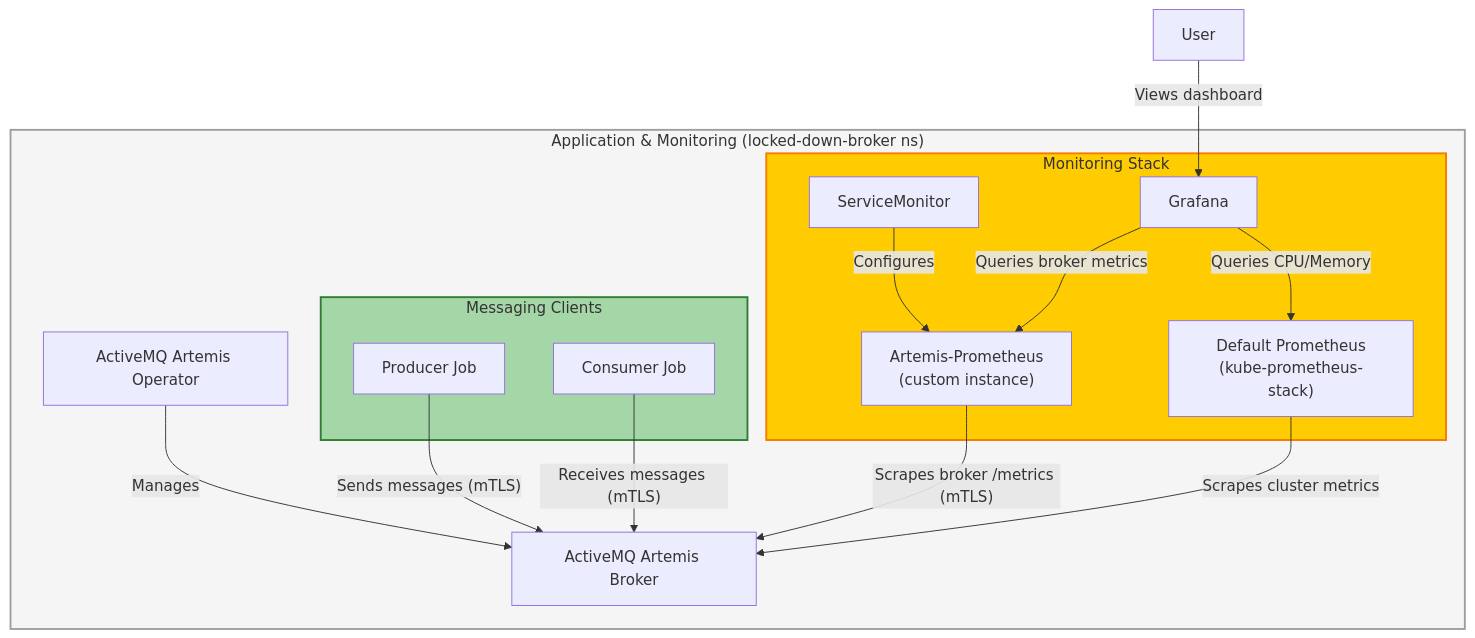
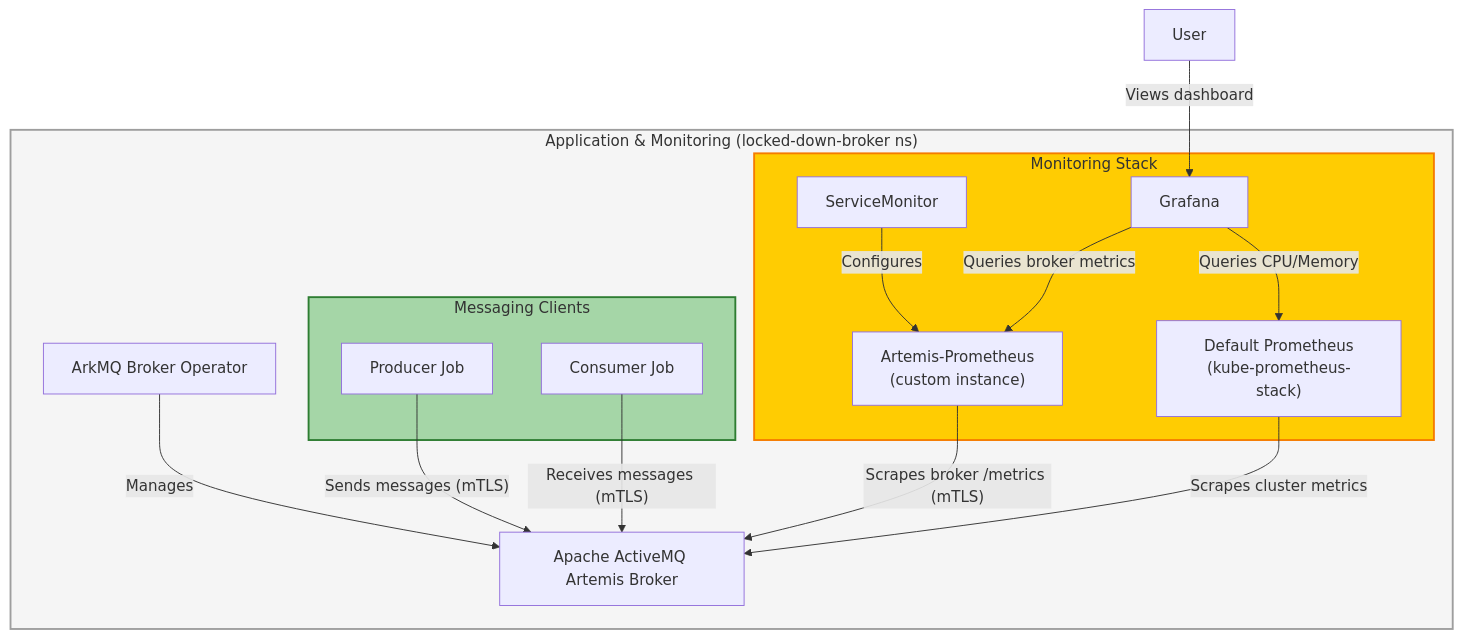
The second of 2 diagrams in docs/tutorials/prometheus_locked_down.md (rh-messaging/activemq-artemis-operator), drawn with Mermaid before and after one commit. The commit also changed other lines of this file and 21 other files, not shown here.

Commit message:
[#1236] Update operator name to ArkMQ Broker Operator

````diff
--- a/docs/tutorials/prometheus_locked_down.md
+++ b/docs/tutorials/prometheus_locked_down.md
@@ -110,34 +110,34 @@
 ```mermaid
 graph TD
     subgraph app_monitoring ["Application & Monitoring (locked-down-broker ns)"]
-        Operator["ActiveMQ Artemis Operator"]
-        ArtemisBroker["ActiveMQ Artemis Broker"]
+        Operator["ArkMQ Broker Operator"]
+        ArtemisBroker["Apache ActiveMQ Artemis Broker"]
 
         subgraph messaging_clients ["Messaging Clients"]
             Producer["Producer Job"]
             Consumer["Consumer Job"]
         end
 
         subgraph monitoring_stack ["Monitoring Stack"]
             DefaultProm["Default Prometheus<br/>(kube-prometheus-stack)"]
             ArtemisProm["Artemis-Prometheus<br/>(custom instance)"]
             ServiceMonitor["ServiceMonitor"]
             Grafana["Grafana"]
         end
     end
 
     Operator -->|"Manages"| ArtemisBroker
     Producer -->|"Sends messages (mTLS)"| ArtemisBroker
     Consumer -->|"Receives messages (mTLS)"| ArtemisBroker
     ServiceMonitor -->|"Configures"| ArtemisProm
     ArtemisProm -->|"Scrapes broker /metrics (mTLS)"| ArtemisBroker
     DefaultProm -->|"Scrapes cluster metrics"| ArtemisBroker
     Grafana -->|"Queries broker metrics"| ArtemisProm
     Grafana -->|"Queries CPU/Memory"| DefaultProm
 
     style app_monitoring fill:#f5f5f5,stroke:#9e9e9e,stroke-width:2px
     style messaging_clients fill:#a5d6a7,stroke:#2e7d32,stroke-width:2px
     style monitoring_stack fill:#ffcc02,stroke:#f57c00,stroke-width:2px
 
     User["User"] -->|"Views dashboard"| Grafana
 ```
````
